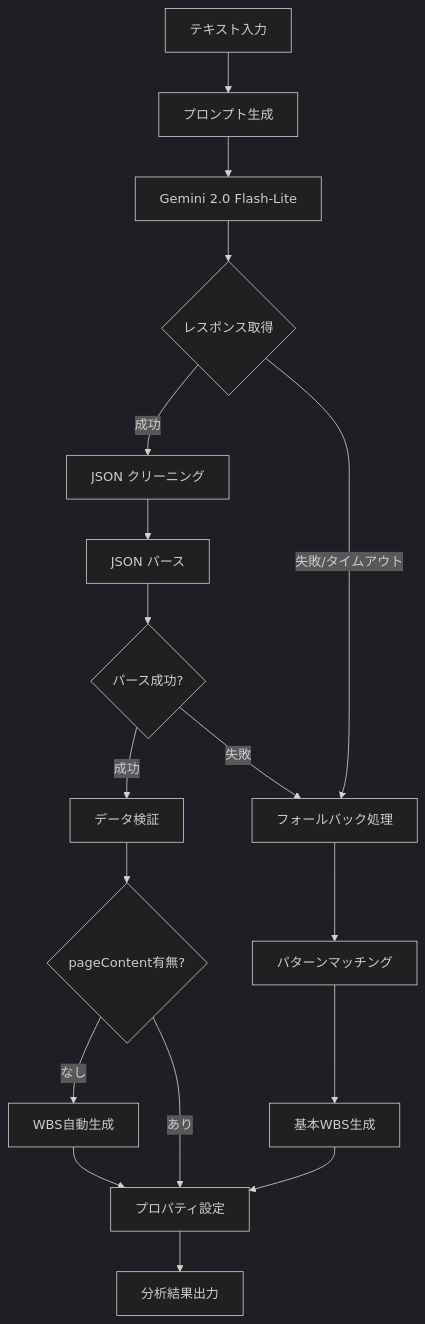
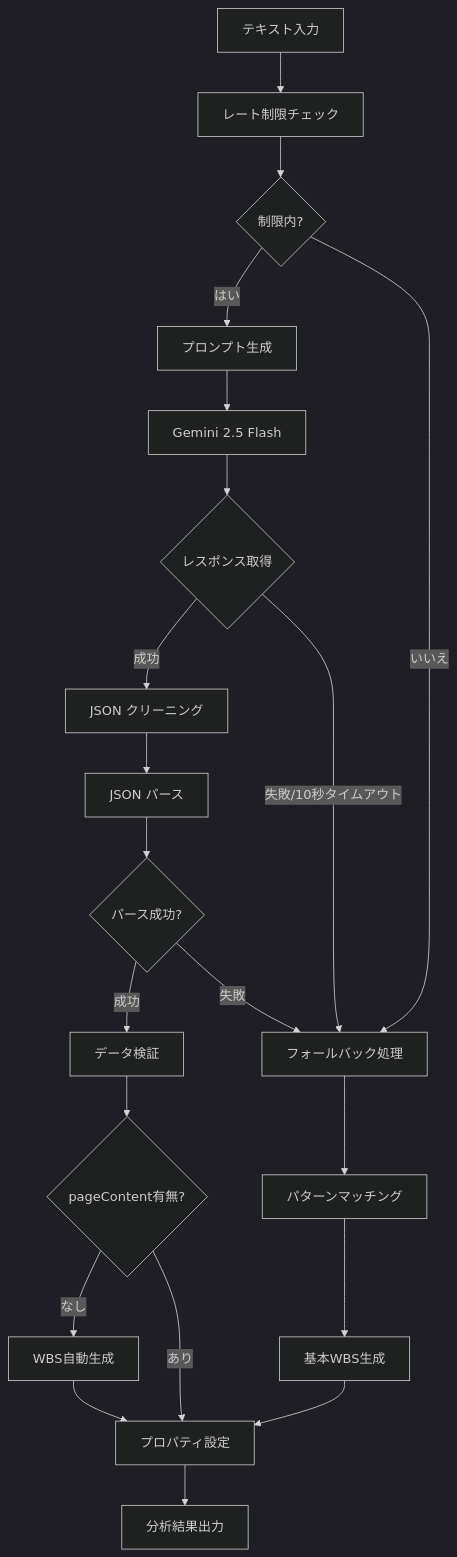
Before and after one commit to t-hamamura/line-pm: the third of 5 diagrams in docs/architecture_doc.md, drawn with Mermaid (dark theme). The commit also changed other lines of this file and 5 other files, not shown here.

Commit message:
docs: update all documentation to v2.5.0 with Gemini 2.5 Flash implementation

````diff
--- a/docs/architecture_doc.md
+++ b/docs/architecture_doc.md
@@ -137,24 +157,28 @@
 ```mermaid
 flowchart TD
-    A[テキスト入力] --> B[プロンプト生成]
-    B --> C[Gemini 2.0 Flash-Lite]
-    C --> D{レスポンス取得}
-    D -->|成功| E[JSON クリーニング]
-    D -->|失敗/タイムアウト| F[フォールバック処理]
+    A[テキスト入力] --> B[レート制限チェック]
+    B --> C{制限内?}
+    C -->|はい| D[プロンプト生成]
+    C -->|いいえ| E[フォールバック処理]
     
-    E --> G[JSON パース]
-    G --> H{パース成功?}
-    H -->|成功| I[データ検証]
-    H -->|失敗| F
+    D --> F[Gemini 2.5 Flash]
+    F --> G{レスポンス取得}
+    G -->|成功| H[JSON クリーニング]
+    G -->|失敗/10秒タイムアウト| E
     
-    I --> J{pageContent有無?}
-    J -->|なし| K[WBS自動生成]
-    J -->|あり| L[プロパティ設定]
-    K --> L
+    H --> I[JSON パース]
+    I --> J{パース成功?}
+    J -->|成功| K[データ検証]
+    J -->|失敗| E
     
-    F --> M[パターンマッチング]
-    M --> N[基本WBS生成] 
-    N --> L
+    K --> L{pageContent有無?}
+    L -->|なし| M[WBS自動生成]
+    L -->|あり| N[プロパティ設定]
+    M --> N
     
-    L --> O[分析結果出力]
+    E --> O[パターンマッチング]
+    O --> P[基本WBS生成] 
+    P --> N
+    
+    N --> Q[分析結果出力]
 ```
````
